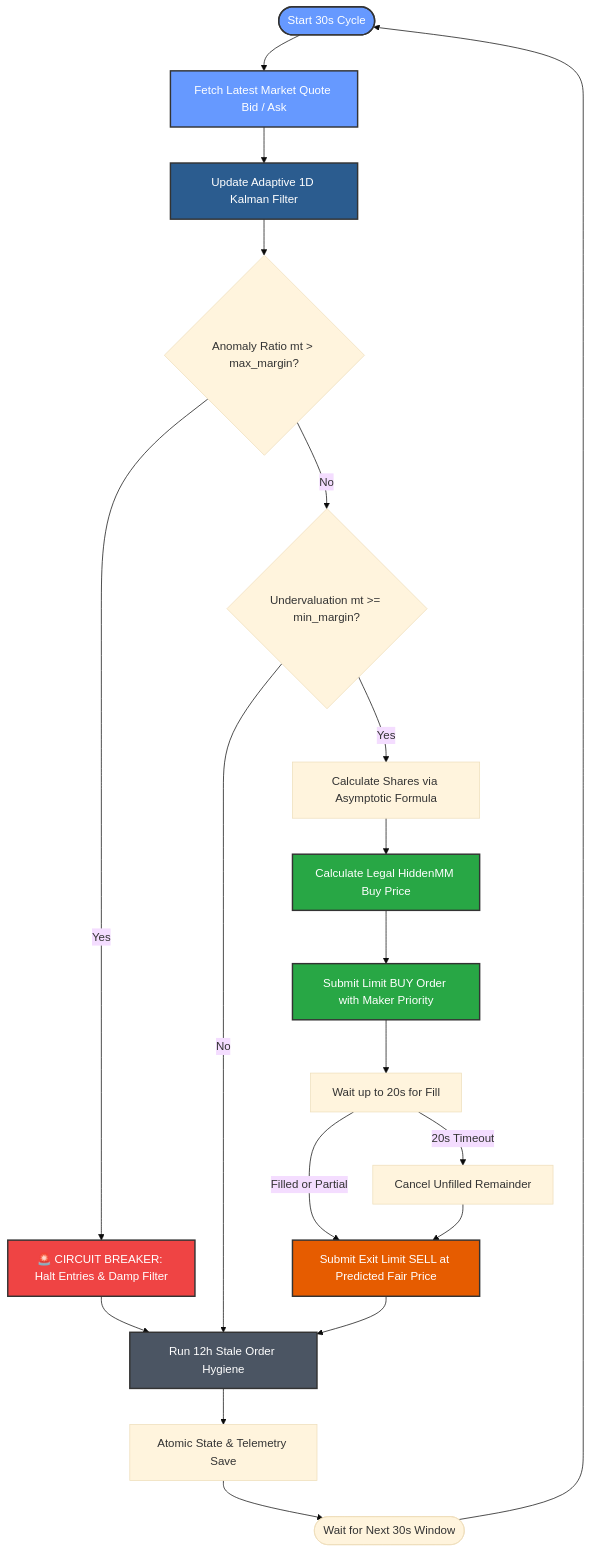
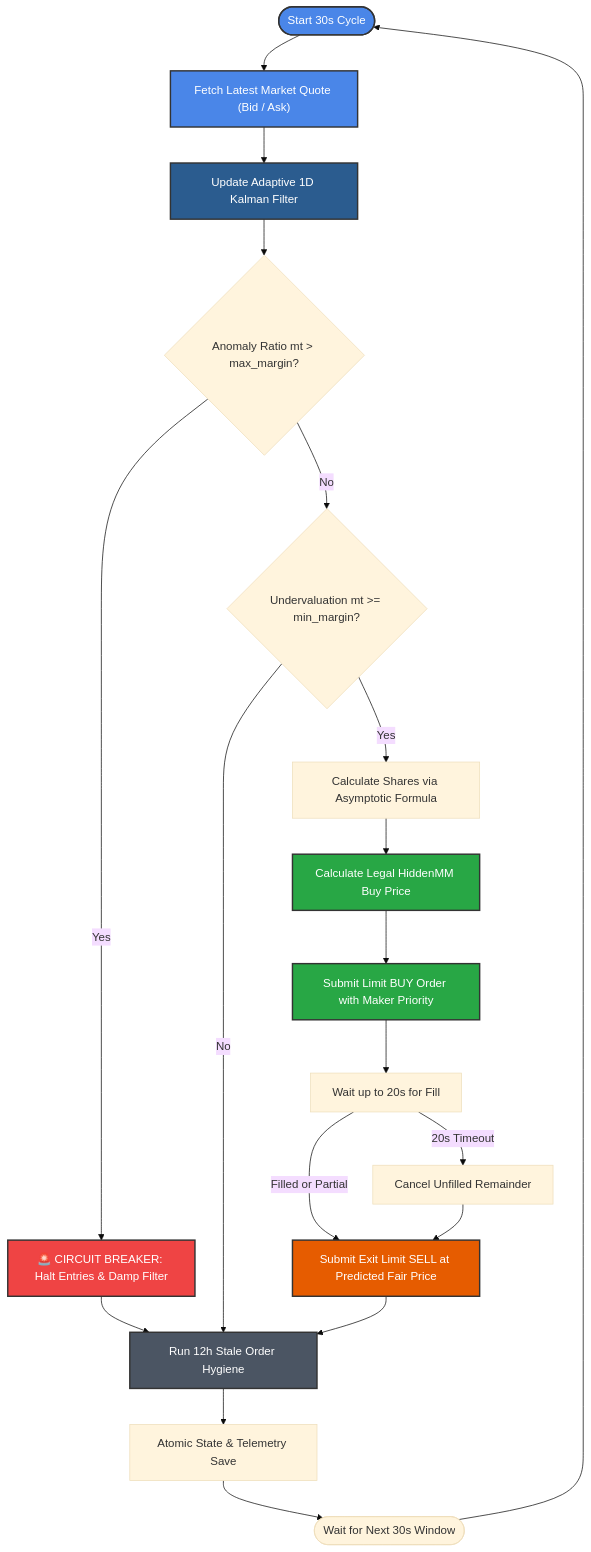
One commit to 4DR1455/anomalies_trading_algorithm_II changed the second of 3 diagrams in README.md. Above: the diagram before and after it, drawn with Mermaid (base theme). The commit also changed other lines of this file, not shown here.

Commit message:
docs: streamline header into 1 unified dashboard button and fix mermaid syntax errors

````diff
--- a/README.md
+++ b/README.md
@@ -103,35 +103,35 @@
 ```mermaid
-graph TD
-    A([Start 30s Cycle]) --> B[Fetch Latest Market Quote Bid / Ask];
-    B --> C[Update Adaptive 1D Kalman Filter];
-    C --> D{Anomaly Ratio mt > max_margin?};
+flowchart TD
+    A(["Start 30s Cycle"]) --> B["Fetch Latest Market Quote (Bid / Ask)"]
+    B --> C["Update Adaptive 1D Kalman Filter"]
+    C --> D{"Anomaly Ratio mt > max_margin?"}
     
-    D -- Yes --> CB[🚨 CIRCUIT BREAKER: Halt Entries & Damp Filter];
-    CB --> H[Run 12h Stale Order Hygiene];
+    D -- "Yes" --> CB["🚨 CIRCUIT BREAKER: Halt Entries & Damp Filter"]
+    CB --> H["Run 12h Stale Order Hygiene"]
     
-    D -- No --> E{Undervaluation mt >= min_margin?};
-    E -- No --> H;
-    E -- Yes --> F[Calculate Shares via Asymptotic Formula];
+    D -- "No" --> E{"Undervaluation mt >= min_margin?"}
+    E -- "No" --> H
+    E -- "Yes" --> F["Calculate Shares via Asymptotic Formula"]
     
-    F --> G[Calculate Legal HiddenMM Buy Price];
-    G --> I[Submit Limit BUY Order with Maker Priority];
-    I --> J[Wait up to 20s for Fill];
+    F --> G["Calculate Legal HiddenMM Buy Price"]
+    G --> I["Submit Limit BUY Order with Maker Priority"]
+    I --> J["Wait up to 20s for Fill"]
     
-    J -- Filled or Partial --> K[Submit Exit Limit SELL at Predicted Fair Price];
-    J -- 20s Timeout --> L[Cancel Unfilled Remainder];
-    L --> K;
+    J -- "Filled or Partial" --> K["Submit Exit Limit SELL at Predicted Fair Price"]
+    J -- "20s Timeout" --> L["Cancel Unfilled Remainder"]
+    L --> K
     
-    K --> H;
-    H --> S[Atomic State & Telemetry Save];
-    S --> W([Wait for Next 30s Window]);
-    W --> A;
+    K --> H
+    H --> S["Atomic State & Telemetry Save"]
+    S --> W(["Wait for Next 30s Window"])
+    W --> A
 
-    style A fill:#69f,stroke:#333,stroke-width:2px,color:white
-    style B fill:#69f,stroke:#333,stroke-width:2px,color:white
+    style A fill:#4a86e8,stroke:#333,stroke-width:2px,color:white
+    style B fill:#4a86e8,stroke:#333,stroke-width:2px,color:white
     style C fill:#2b5c8f,stroke:#333,stroke-width:2px,color:white
     style CB fill:#ef4444,stroke:#333,stroke-width:2px,color:white
     style G fill:#28a745,stroke:#333,stroke-width:2px,color:white
     style I fill:#28a745,stroke:#333,stroke-width:2px,color:white
     style K fill:#e65c00,stroke:#333,stroke-width:2px,color:white
     style H fill:#4b5563,stroke:#333,stroke-width:2px,color:white
 ```
````
